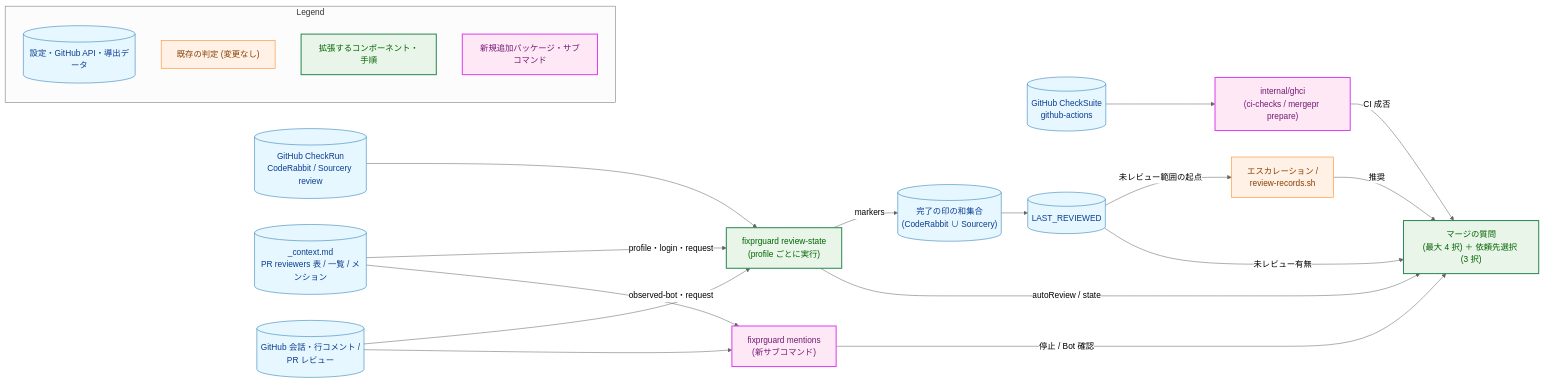
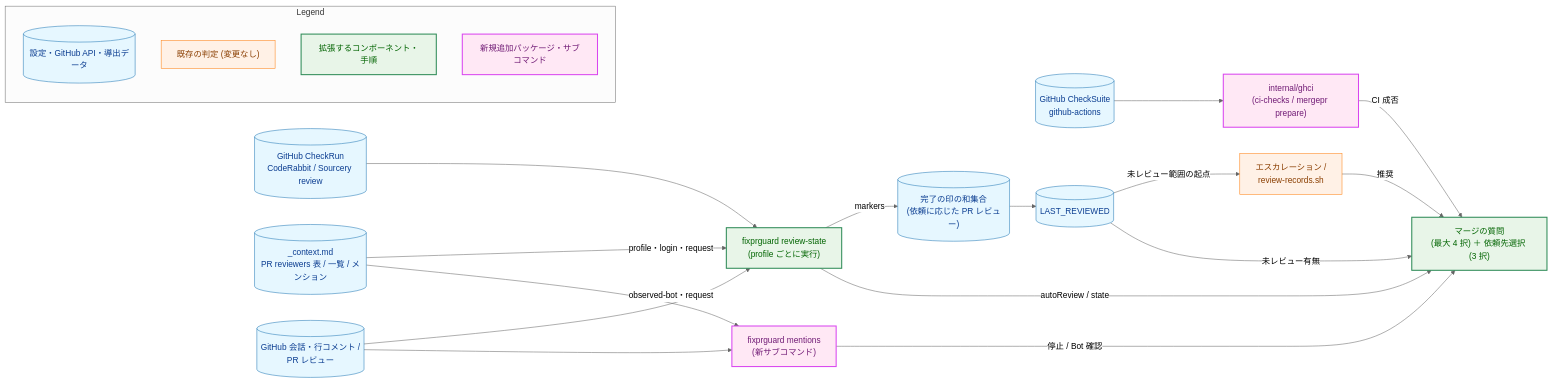
The first of 6 diagrams in docs/tasks/0122_sourcery_trusted_reviewer/02_architecture.md (isseis/yt2column), drawn with Mermaid (neutral theme) before and after one commit. The commit also changed other lines of this file and 6 other files, not shown here.

````diff
--- a/docs/tasks/0122_sourcery_trusted_reviewer/02_architecture.md
+++ b/docs/tasks/0122_sourcery_trusted_reviewer/02_architecture.md
@@ -36,53 +36,53 @@
 ```mermaid
 flowchart LR
     classDef data fill:#e6f7ff,stroke:#1f77b4,stroke-width:1px,color:#0b3d91;
     classDef process fill:#fff1e6,stroke:#ff7f0e,stroke-width:1px,color:#8a3e00;
     classDef enhanced fill:#e8f5e8,stroke:#2e8b57,stroke-width:2px,color:#006400;
     classDef newpkg fill:#ffe8f5,stroke:#d946ef,stroke-width:2px,color:#701a75;
 
     CTX[("_context.md<br>PR reviewers 表 / 一覧 / メンション")]
     GH_RUNS[("GitHub CheckRun<br>CodeRabbit / Sourcery review")]
     GH_CMT[("GitHub 会話・行コメント /<br>PR レビュー")]
     GH_CI[("GitHub CheckSuite<br>github-actions")]
 
     RS["fixprguard review-state<br>(profile ごとに実行)"]
     MN["fixprguard mentions<br>(新サブコマンド)"]
     CI["internal/ghci<br>(ci-checks / mergepr prepare)"]
 
-    MARK[("完了の印の和集合<br>(CodeRabbit ∪ Sourcery)")]
+    MARK[("完了の印の和集合<br>(依頼に応じた PR レビュー)")]
     LR[("LAST_REVIEWED")]
     ESC["エスカレーション /<br>review-records.sh"]
     MQ["マージの質問<br>(最大 4 択) ＋ 依頼先選択 (3 択)"]
 
     CTX -->|"profile・login・request"| RS
     CTX -->|"observed-bot・request"| MN
     GH_RUNS --> RS
     GH_CMT --> RS
     GH_CMT --> MN
     GH_CI --> CI
 
     RS -->|"markers"| MARK
     RS -->|"autoReview / state"| MQ
     MARK --> LR
     LR -->|"未レビュー範囲の起点"| ESC
     ESC -->|"推奨"| MQ
     LR -->|"未レビュー有無"| MQ
     MN -->|"停止 / Bot 確認"| MQ
     CI -->|"CI 成否"| MQ
 
     class CTX,GH_RUNS,GH_CMT,GH_CI,MARK,LR data
     class ESC process
     class RS,MQ enhanced
     class MN,CI newpkg
 
     subgraph Legend["Legend"]
         L1[("設定・GitHub API・導出データ")]
         L2["既存の判定 (変更なし)"]
         L3["拡張するコンポーネント・手順"]
         L4["新規追加パッケージ・サブコマンド"]
     end
     class L1 data
     class L2 process
     class L3 enhanced
     class L4 newpkg
 ```
````
